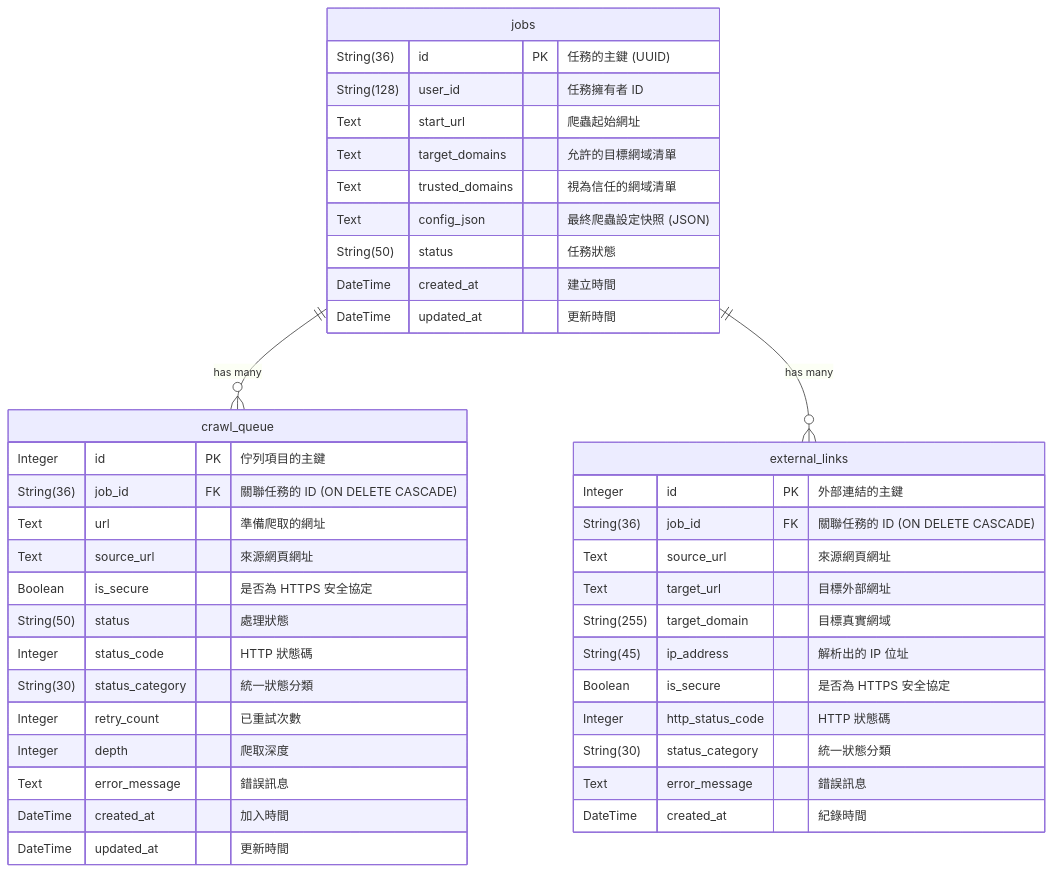
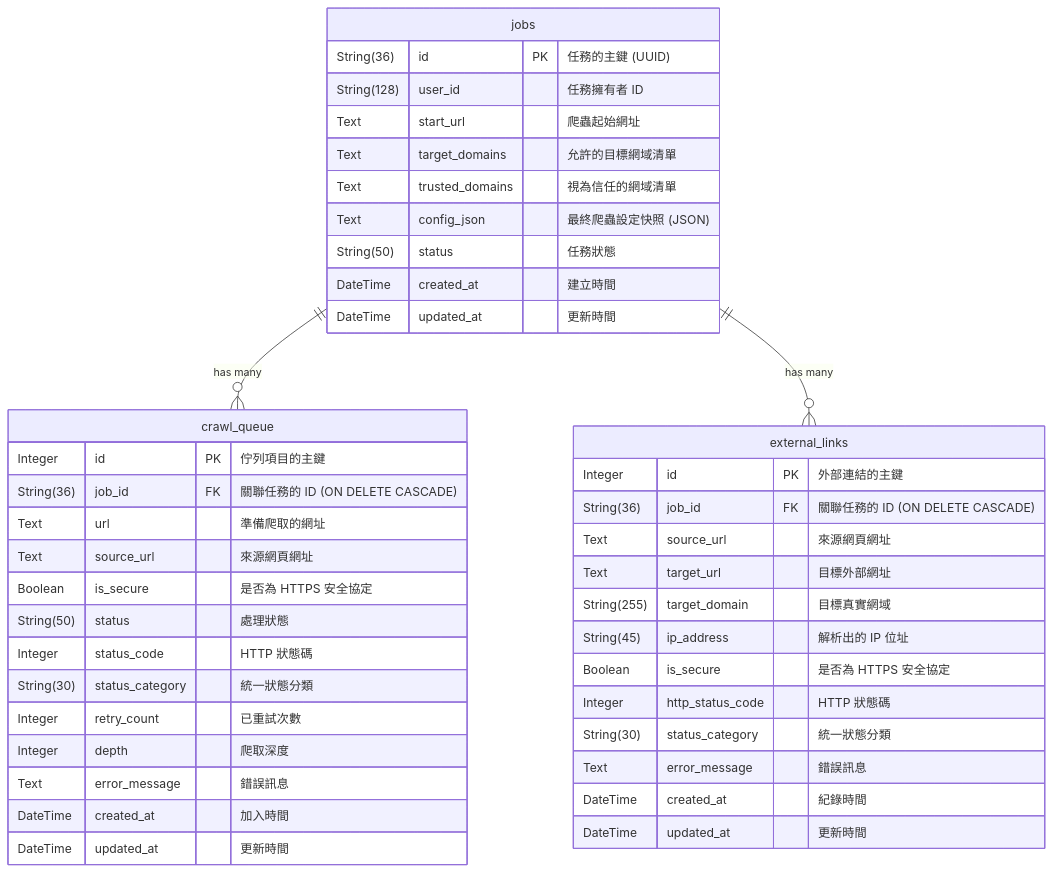
Before and after one commit to mfhsieh/link-checker: the second of 2 diagrams in doc/db_schema.md, drawn with Mermaid. The commit also changed other lines of this file and 36 other files, not shown here.

````diff
--- a/doc/db_schema.md
+++ b/doc/db_schema.md
@@ -226,44 +226,45 @@
 ```mermaid
 erDiagram
     jobs ||--o{ crawl_queue : "has many"
     jobs ||--o{ external_links : "has many"
     jobs {
         String(36) id PK "任務的主鍵 (UUID)"
         String(128) user_id "任務擁有者 ID"
         Text start_url "爬蟲起始網址"
         Text target_domains "允許的目標網域清單"
         Text trusted_domains "視為信任的網域清單"
         Text config_json "最終爬蟲設定快照 (JSON)"
         String(50) status "任務狀態"
         DateTime created_at "建立時間"
         DateTime updated_at "更新時間"
     }
     crawl_queue {
         Integer id PK "佇列項目的主鍵"
         String(36) job_id FK "關聯任務的 ID (ON DELETE CASCADE)"
         Text url "準備爬取的網址"
         Text source_url "來源網頁網址"
         Boolean is_secure "是否為 HTTPS 安全協定"
         String(50) status "處理狀態"
         Integer status_code "HTTP 狀態碼"
         String(30) status_category "統一狀態分類"
         Integer retry_count "已重試次數"
         Integer depth "爬取深度"
         Text error_message "錯誤訊息"
         DateTime created_at "加入時間"
         DateTime updated_at "更新時間"
     }
     external_links {
         Integer id PK "外部連結的主鍵"
         String(36) job_id FK "關聯任務的 ID (ON DELETE CASCADE)"
         Text source_url "來源網頁網址"
         Text target_url "目標外部網址"
         String(255) target_domain "目標真實網域"
         String(45) ip_address "解析出的 IP 位址"
         Boolean is_secure "是否為 HTTPS 安全協定"
         Integer http_status_code "HTTP 狀態碼"
         String(30) status_category "統一狀態分類"
         Text error_message "錯誤訊息"
         DateTime created_at "紀錄時間"
+        DateTime updated_at "更新時間"
     }
 ```
````
